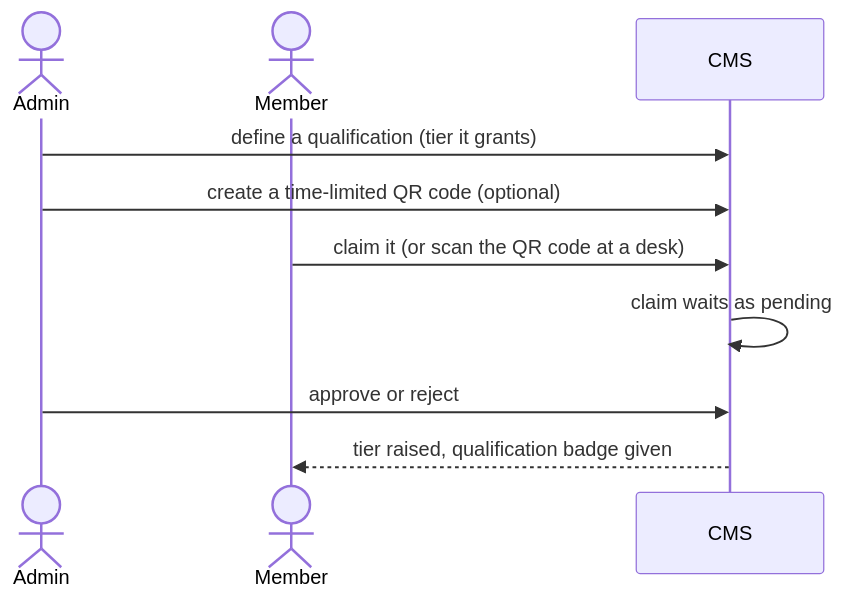
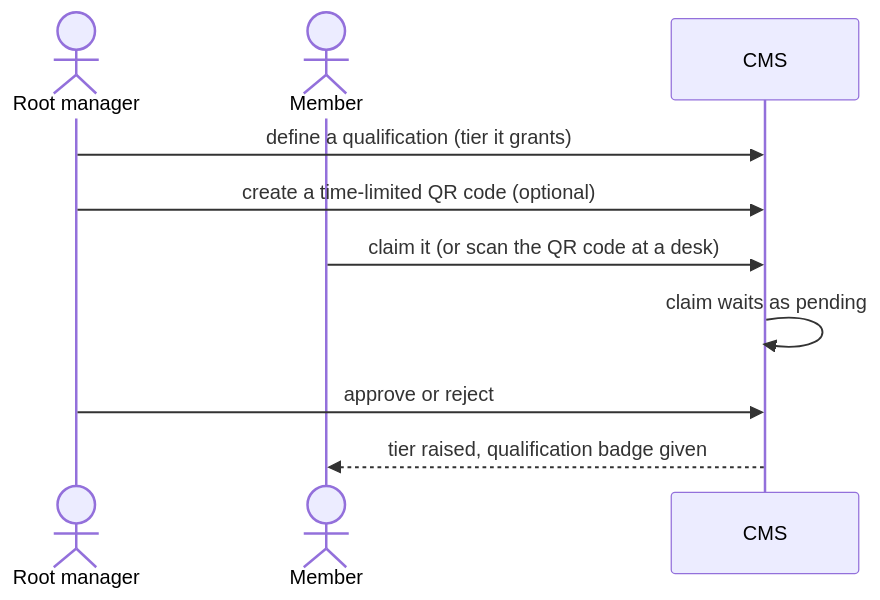
One commit to Konkrad/cms changed the diagram in src/modules/qualifications/features/qualifications.md. Above: the diagram before and after it, drawn with Mermaid. The commit also changed other lines of this file, not shown here.

Commit message:
Qualifications note: managed by every managing role on the root
Representatives of the root can approve claims too, not only platform
admins. Refs #52

````diff
--- a/src/modules/qualifications/features/qualifications.md
+++ b/src/modules/qualifications/features/qualifications.md
@@ -14,12 +14,12 @@
 ```mermaid
 sequenceDiagram
-    actor Admin
+    actor Admin as Root manager
     actor Member
     participant CMS
     Admin->>CMS: define a qualification (tier it grants)
     Admin->>CMS: create a time-limited QR code (optional)
     Member->>CMS: claim it (or scan the QR code at a desk)
     CMS->>CMS: claim waits as pending
     Admin->>CMS: approve or reject
     CMS-->>Member: tier raised, qualification badge given
 ```
````
